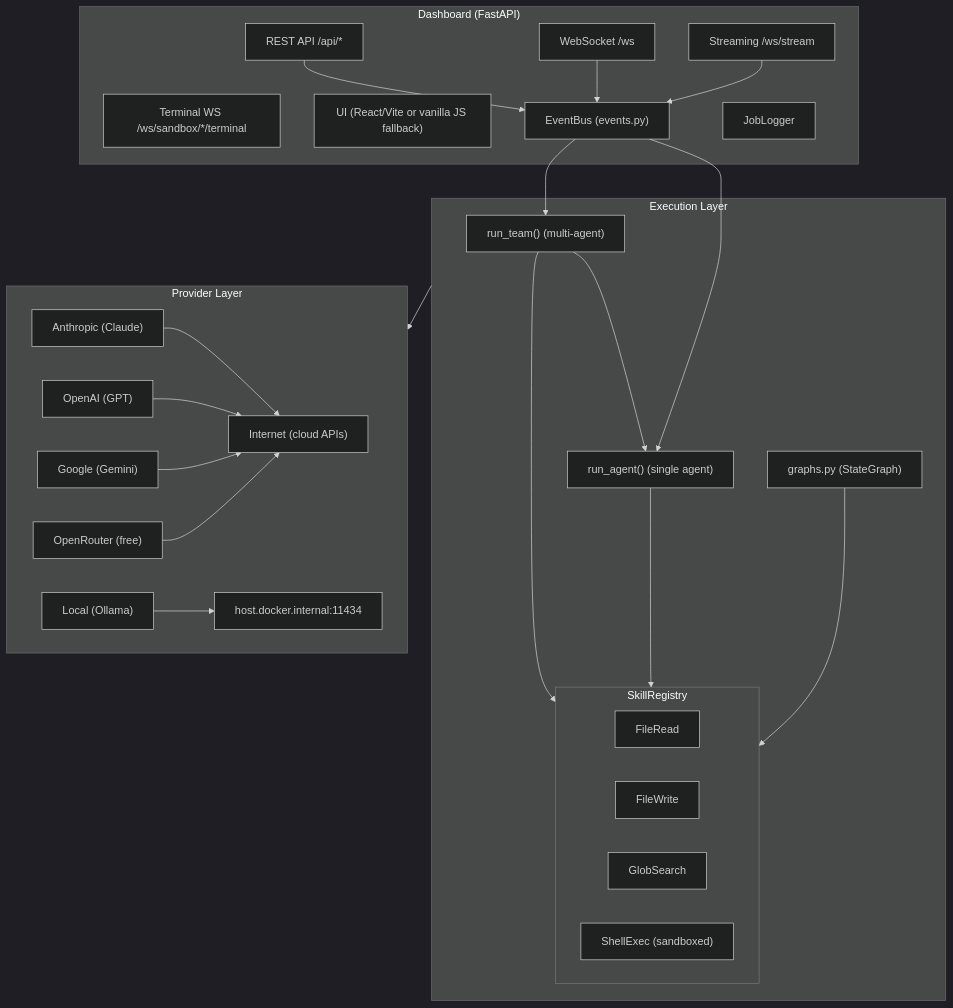
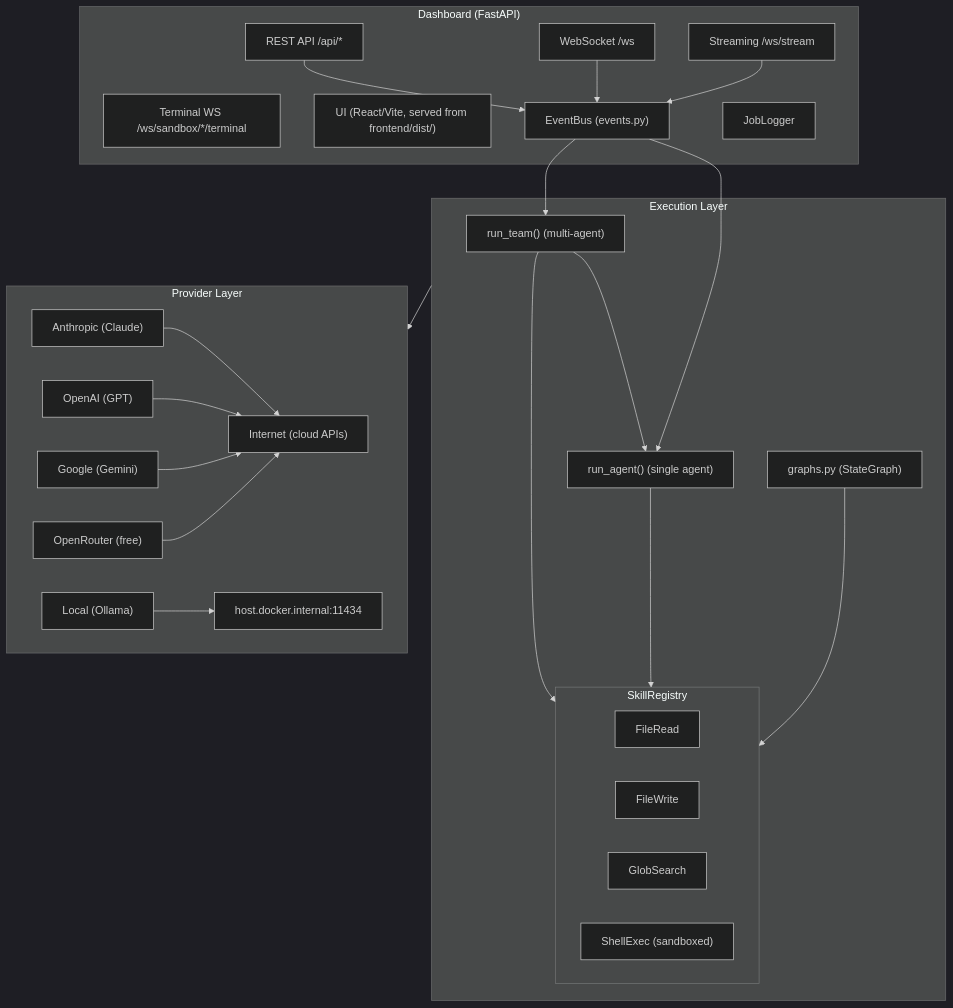
Before and after one commit to pjcau/agent-orchestrator: the first of 5 diagrams in docs/components.md, drawn with Mermaid (dark theme). The commit also changed 2 other files, not shown here.

Commit message:
docs: clean residual references to the removed vanilla UI
- components.md: dashboard subgraph node now describes React/Vite served
  from frontend/dist/ instead of mentioning a vanilla JS fallback.
- observability-upgrade.md: frontend error reporting hook is now in
  frontend/src/App.tsx (AppBootstrap) — no longer "5 lines in app.js".
- roadmap.md: SSE client task points at frontend/src/hooks/useSSE.ts
  and useWebSocket.ts.

````diff
--- a/docs/components.md
+++ b/docs/components.md
@@ -5,45 +5,45 @@
 ```mermaid
 graph TD
     subgraph Dashboard["Dashboard (FastAPI)"]
         REST["REST API /api/*"]
         WS["WebSocket /ws"]
         STREAM["Streaming /ws/stream"]
         TERM["Terminal WS /ws/sandbox/*/terminal"]
-        UI["UI (React/Vite or vanilla JS fallback)"]
+        UI["UI (React/Vite, served from frontend/dist/)"]
         REST --> EB
         WS --> EB
         STREAM --> EB
         EB["EventBus (events.py)"]
         JL["JobLogger"]
     end
 
     subgraph Execution["Execution Layer"]
         RT["run_team() (multi-agent)"]
         RA["run_agent() (single agent)"]
         GR["graphs.py (StateGraph)"]
         RT --> RA
         RT --> SR
         RA --> SR
         GR --> SR
         subgraph SR["SkillRegistry"]
             FR["FileRead"]
             FW["FileWrite"]
             GS["GlobSearch"]
             SE["ShellExec (sandboxed)"]
         end
     end
 
     subgraph Providers["Provider Layer"]
         AN["Anthropic (Claude)"]
         OA["OpenAI (GPT)"]
         GO["Google (Gemini)"]
         OR["OpenRouter (free)"]
         LO["Local (Ollama)"]
         AN & OA & GO & OR --> INT["Internet (cloud APIs)"]
         LO --> LOC["host.docker.internal:11434"]
     end
 
     EB --> RT
     EB --> RA
     Execution --> Providers
 ```
````
